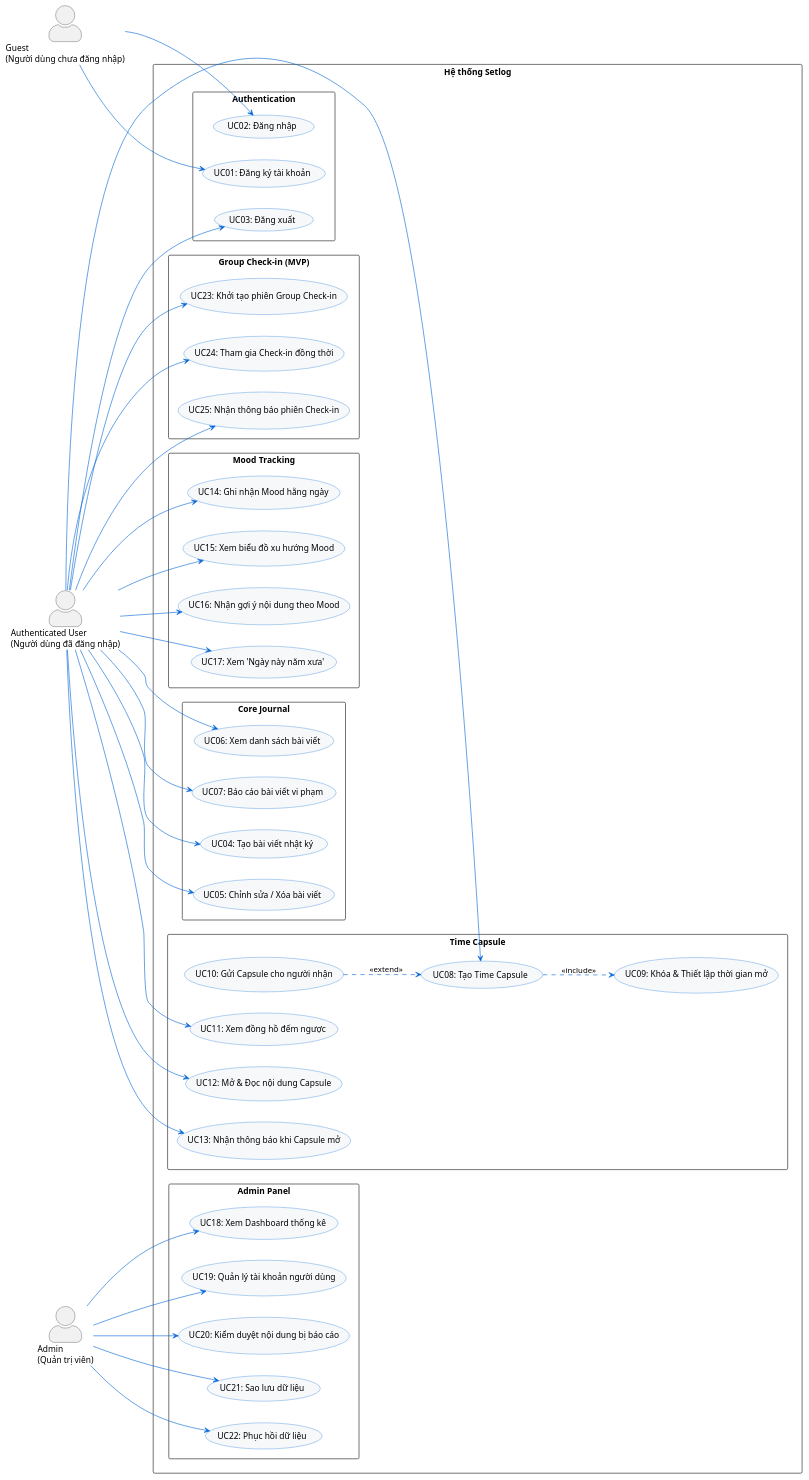
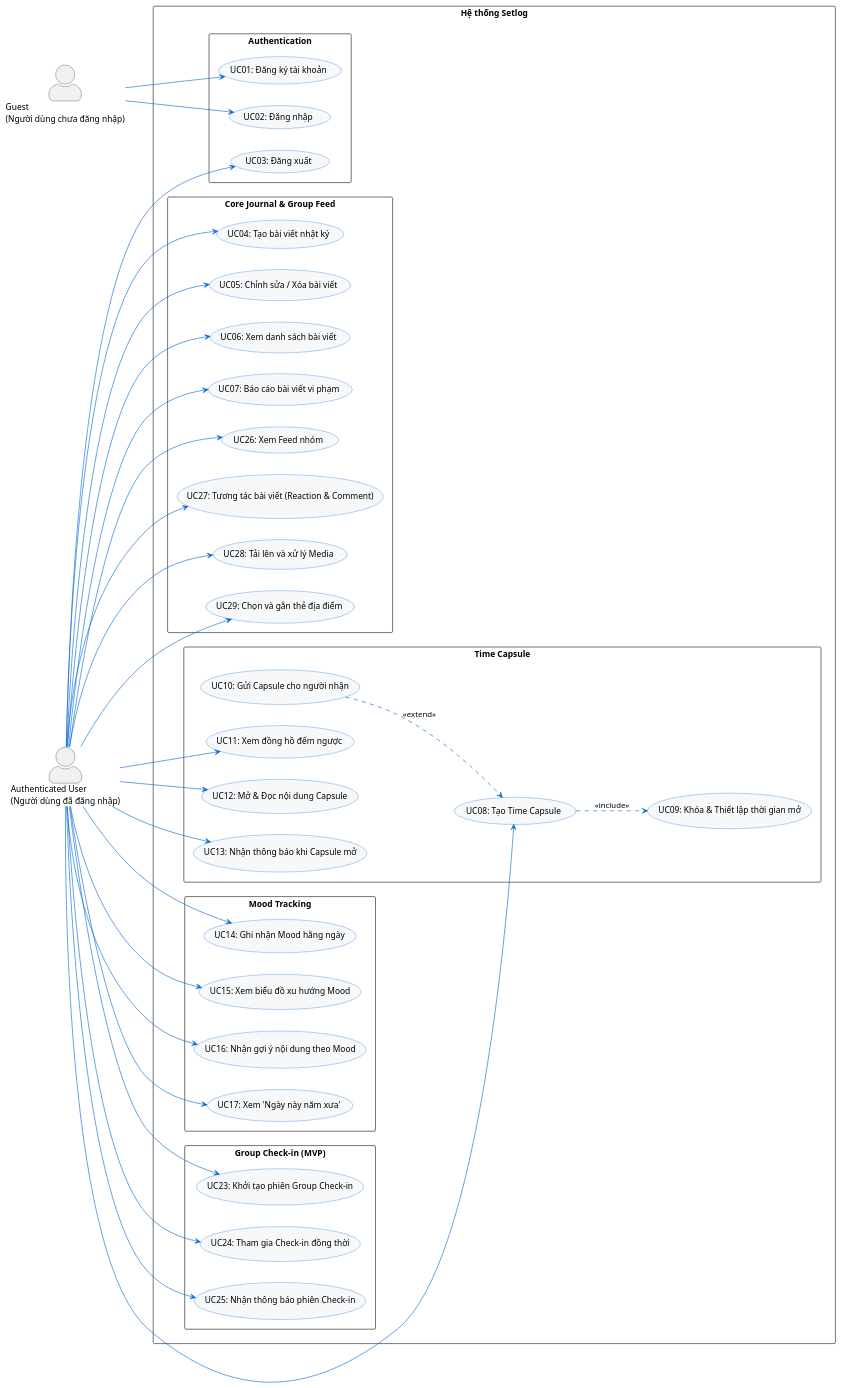
Before and after one commit to Hieusin18/NhatKi: the diagram in SRS.md, drawn with PlantUML. The commit also changed other lines of this file, not shown here.

````diff
--- a/SRS.md
+++ b/SRS.md
@@ -79,7 +73,6 @@
 
 actor "Guest\n(Người dùng chưa đăng nhập)" as Guest
 actor "Authenticated User\n(Người dùng đã đăng nhập)" as User
-actor "Admin\n(Quản trị viên)" as Admin
 
 rectangle "Hệ thống Setlog" {
 
@@ -89,11 +82,15 @@
         usecase "UC03: Đăng xuất" as UC03
     }
 
-    package "Core Journal" {
+    package "Core Journal & Group Feed" {
         usecase "UC04: Tạo bài viết nhật ký" as UC04
         usecase "UC05: Chỉnh sửa / Xóa bài viết" as UC05
         usecase "UC06: Xem danh sách bài viết" as UC06
         usecase "UC07: Báo cáo bài viết vi phạm" as UC07
+        usecase "UC26: Xem Feed nhóm" as UC26
+        usecase "UC27: Tương tác bài viết (Reaction & Comment)" as UC27
+        usecase "UC28: Tải lên và xử lý Media" as UC28
+        usecase "UC29: Chọn và gắn thẻ địa điểm" as UC29
     }
 
     package "Time Capsule" {
@@ -116,14 +113,6 @@
         usecase "UC23: Khởi tạo phiên Group Check-in" as UC23
         usecase "UC24: Tham gia Check-in đồng thời" as UC24
         usecase "UC25: Nhận thông báo phiên Check-in" as UC25
-    }
-
-    package "Admin Panel" {
-        usecase "UC18: Xem Dashboard thống kê" as UC18
-        usecase "UC19: Quản lý tài khoản người dùng" as UC19
-        usecase "UC20: Kiểm duyệt nội dung bị báo cáo" as UC20
-        usecase "UC21: Sao lưu dữ liệu" as UC21
-        usecase "UC22: Phục hồi dữ liệu" as UC22
     }
 }
 
@@ -148,17 +137,14 @@
 User --> UC23
 User --> UC24
 User --> UC25
+User --> UC26
+User --> UC27
+User --> UC28
+User --> UC29
 
 ' Time Capsule Relationships
 UC08 ..> UC09 : <<include>>
 UC10 ..> UC08 : <<extend>>
 
-' Admin Associations
-Admin --> UC18
-Admin --> UC19
-Admin --> UC20
-Admin --> UC21
-Admin --> UC22
-
 @endum
 ```
````
